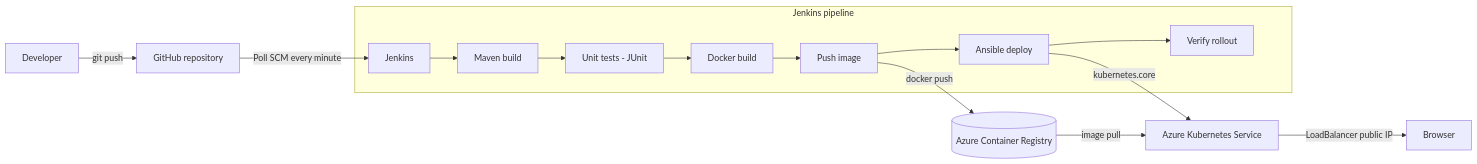
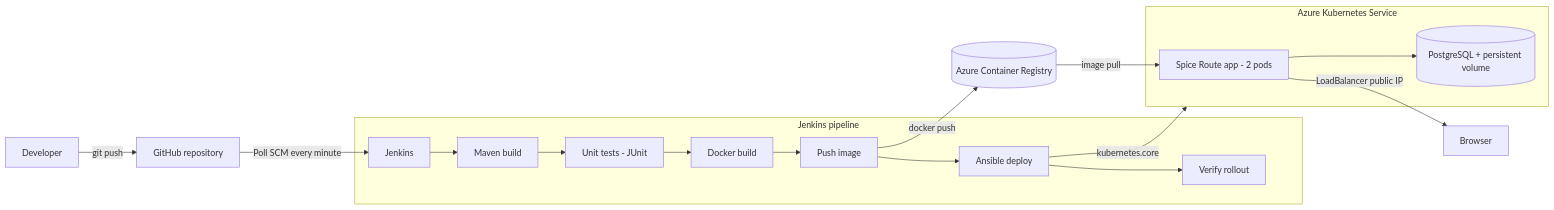
One commit to Pranov123/devops_azure_pipeline changed the diagram in README.md. Above: the diagram before and after it, drawn with Mermaid. The commit also changed other lines of this file, not shown here.

Commit message:
Update README for the Spice Route restaurant app

````diff
--- a/README.md
+++ b/README.md
@@ -11,19 +25,24 @@
 ```mermaid
 flowchart LR
     Dev[Developer] -->|git push| GH[GitHub repository]
     GH -->|Poll SCM every minute| J[Jenkins]
 
     subgraph Jenkins pipeline
         J --> B[Maven build]
         B --> T[Unit tests - JUnit]
         T --> D[Docker build]
         D --> P[Push image]
         P --> A[Ansible deploy]
         A --> V[Verify rollout]
     end
 
     P -->|docker push| ACR[(Azure Container Registry)]
-    A -->|kubernetes.core| AKS[Azure Kubernetes Service]
-    ACR -->|image pull| AKS
-    AKS -->|LoadBalancer public IP| User[Browser]
+    A -->|kubernetes.core| AKS
+
+    subgraph AKS[Azure Kubernetes Service]
+        App[Spice Route app - 2 pods] --> DB[(PostgreSQL + persistent volume)]
+    end
+
+    ACR -->|image pull| App
+    App -->|LoadBalancer public IP| User[Browser]
 ```
````
